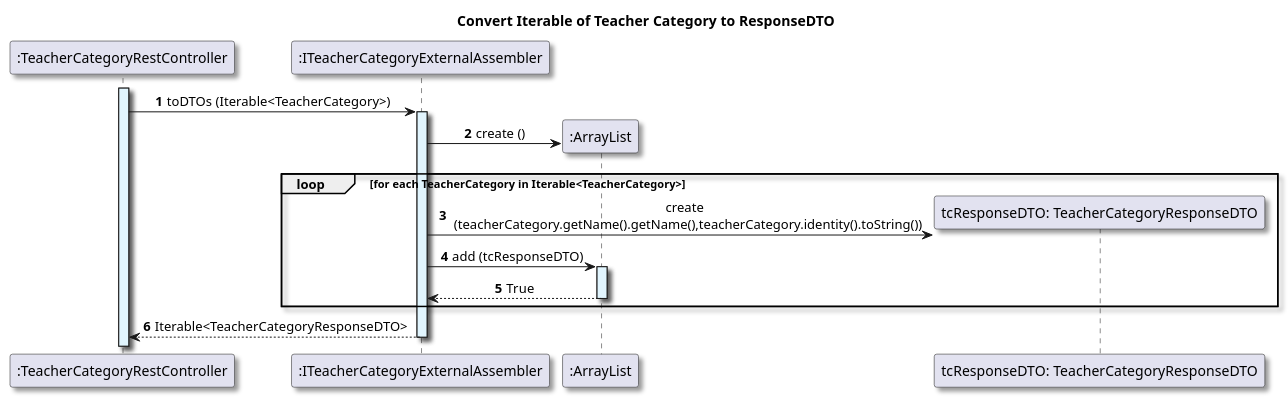
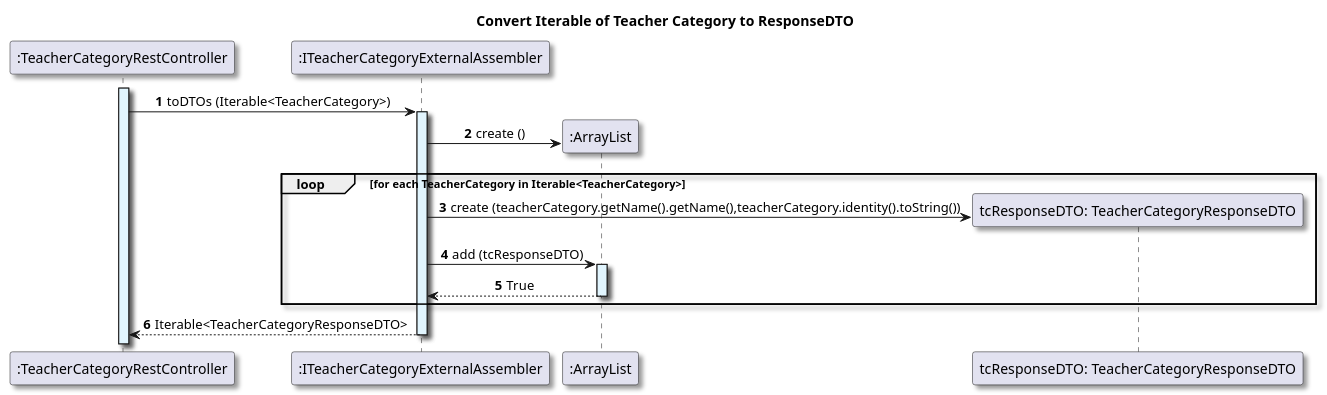
One commit to GasparISEP/DevOps-PAI changed the diagram in docs/US14/Sprint7_RestAPI/ScenarioView/References/REF_ConvertIterableOfTeacherCategoryToResponseDTO.puml. Above: the diagram before and after it, drawn with PlantUML. The commit also changed 3 other files, not shown here.

Commit message:
docs (scenarioView): minor adjustments to Level 1, 2 and 3 for updateTeacherCategory #675 #678

```diff
--- a/docs/US14/Sprint7_RestAPI/ScenarioView/References/REF_ConvertIterableOfTeacherCategoryToResponseDTO.puml
+++ b/docs/US14/Sprint7_RestAPI/ScenarioView/References/REF_ConvertIterableOfTeacherCategoryToResponseDTO.puml
@@ -1,41 +1,41 @@
 @startuml
 
 title Convert Iterable of Teacher Category to ResponseDTO
 
 autonumber
 skinparam {
   ActivityPadding 2
   ActivityMargin 2
   BoxPadding 2
 }
 skinparam defaultTextAlignment center
 skinparam shadowing true
 
 participant ":TeacherCategoryRestController" as controller
 
 activate controller #E1F5FE
 participant ":ITeacherCategoryExternalAssembler" as assembler
 
 controller -> assembler: toDTOs (Iterable<TeacherCategory>)
 activate assembler #E1F5FE
 
 create ":ArrayList"
 assembler -> ":ArrayList": create ()
 
 loop for each TeacherCategory in Iterable<TeacherCategory>
 
 create "tcResponseDTO: TeacherCategoryResponseDTO"
-assembler -> "tcResponseDTO: TeacherCategoryResponseDTO": create \n (teacherCategory.getName().getName(),teacherCategory.identity().toString())
+assembler -> "tcResponseDTO: TeacherCategoryResponseDTO": create (teacherCategory.getName().getName(),teacherCategory.identity().toString())
 
 assembler -> ":ArrayList": add (tcResponseDTO)
 activate ":ArrayList" #E1F5FE
 
 ":ArrayList" --> assembler: True
 deactivate ":ArrayList"
 
 end
 
 assembler --> controller: Iterable<TeacherCategoryResponseDTO>
 deactivate assembler
 
 @enduml
```
